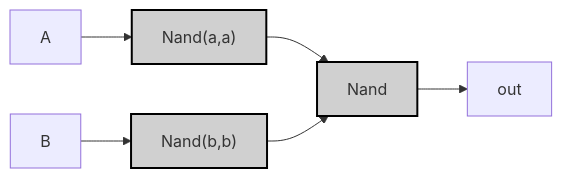
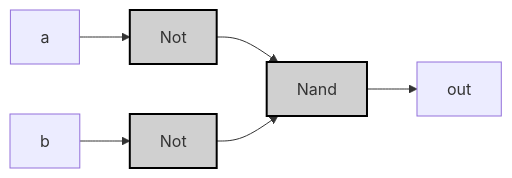
The diagram in 99_Projects/Nand2Tetris/HackHDL/03_Or.md (MeJamoLeo/Vault_Templates), drawn with Mermaid before and after one commit. The commit also changed other lines of this file and 2 other files, not shown here.

````diff
--- a/99_Projects/Nand2Tetris/HackHDL/03_Or.md
+++ b/99_Projects/Nand2Tetris/HackHDL/03_Or.md
@@ -131,10 +82,10 @@
 ```mermaid
 graph LR;
-    A["A"] --> NandA["Nand(a,a)"]:::gate;
-    B["B"] --> NandB["Nand(b,b)"]:::gate;
-    NandA --> NandOr["Nand"]:::gate;
-    NandB --> NandOr;
-    NandOr --> OUT["out"];
+    a["a"] --> nota["Not"]:::gate;
+    b["b"] --> notb["Not"]:::gate;
+    nota --> nand0["Nand"]:::gate;
+    notb --> nand0;
+    nand0 --> out["out"];
     
     classDef gate fill:#d0d0d0,stroke:#000,stroke-width:2px;
 ```
````
